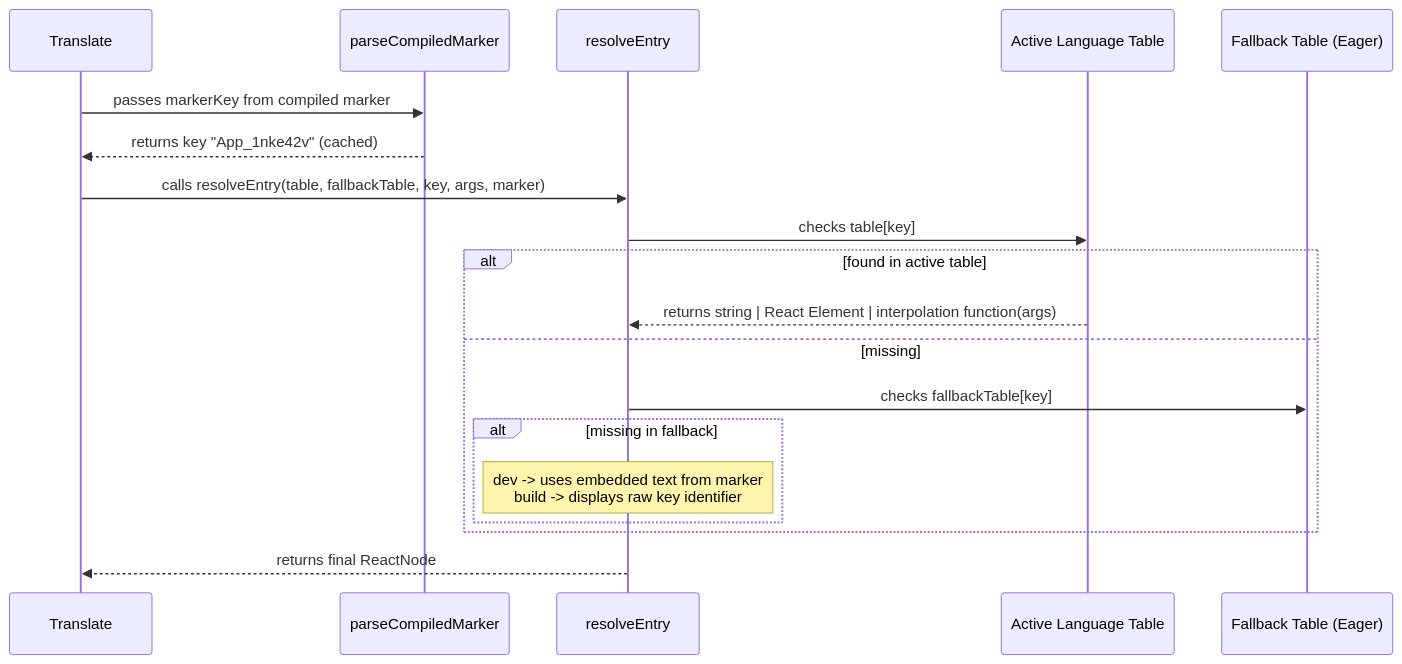
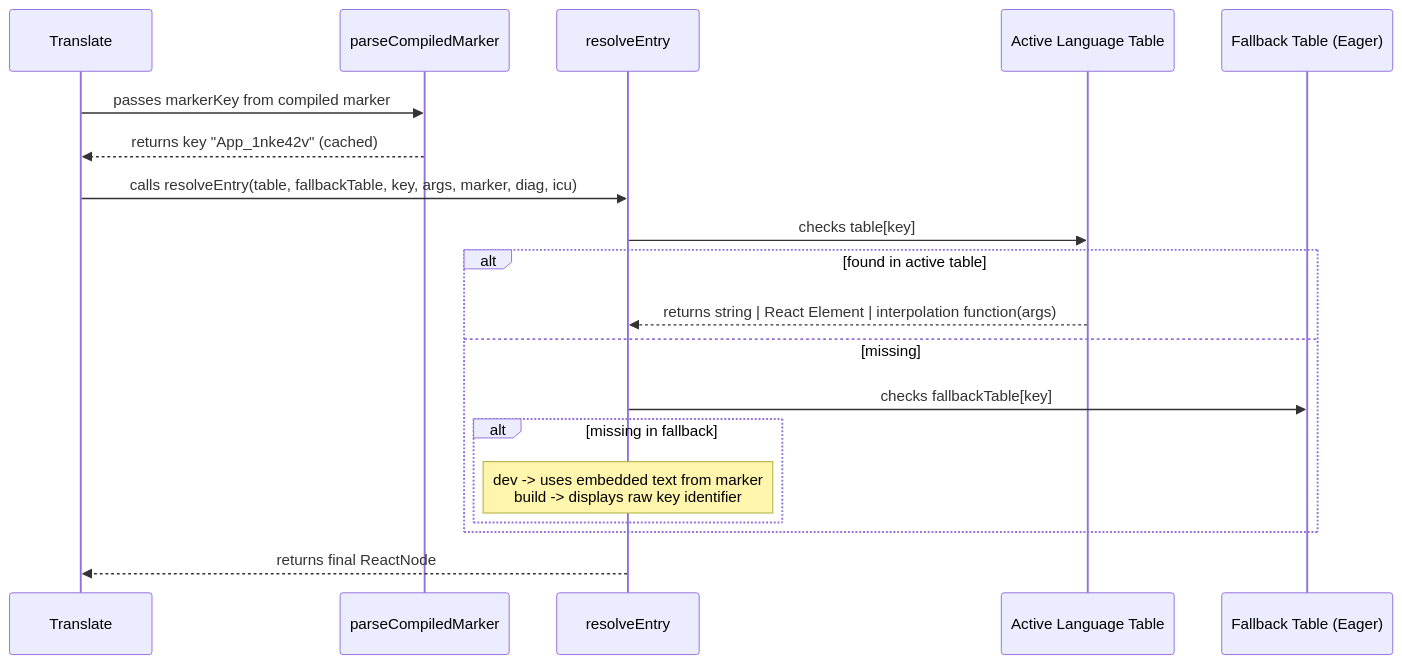
Before and after one commit to sepoina/viteTranslate: the sixth of 9 diagrams in doc/structure.md, drawn with Mermaid. The commit also changed other lines of this file and 94 other files, not shown here.

````diff
--- a/doc/structure.md
+++ b/doc/structure.md
@@ -652,22 +706,22 @@
 ```mermaid
 sequenceDiagram
   participant T as Translate
   participant M as parseCompiledMarker
   participant R as resolveEntry
   participant Tb as Active Language Table
   participant F as Fallback Table (Eager)
 
   T->>M: passes markerKey from compiled marker
   M-->>T: returns key "App_1nke42v" (cached)
-  T->>R: calls resolveEntry(table, fallbackTable, key, args, marker)
+  T->>R: calls resolveEntry(table, fallbackTable, key, args, marker, diag, icu)
   R->>Tb: checks table[key]
   alt found in active table
     Tb-->>R: returns string | React Element | interpolation function(args)
   else missing
     R->>F: checks fallbackTable[key]
     alt missing in fallback
       Note over R: dev -> uses embedded text from marker<br/>build -> displays raw key identifier
     end
   end
   R-->>T: returns final ReactNode
 ```
````
